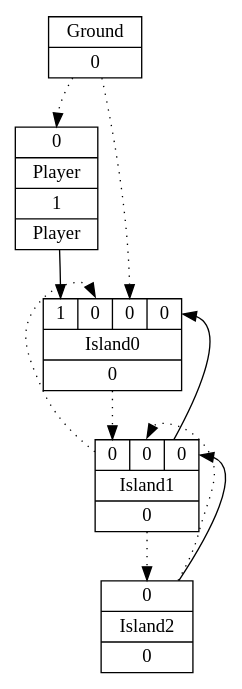
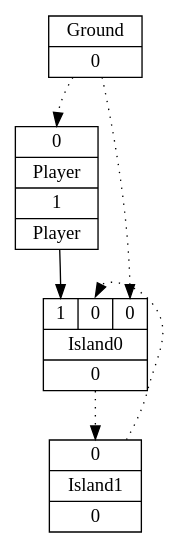
One commit to increpare/AbstractPropagationSim changed the diagram in mid/19/graph_1.gv. Above: the diagram before and after it, drawn with Graphviz. The commit also changed 11 other files, not shown here.

```diff
--- a/mid/19/graph_1.gv
+++ b/mid/19/graph_1.gv
@@ -1,17 +1,12 @@
 digraph G {
 node [shape=record];
 Player[ label ="{{<GroundP>0}|{Player}|<PlayerOUT>1|{Player}}"];
 Ground[ label ="{{Ground}|<GroundOUT>0}"];
-Island0[ label ="{{<Player>1|<Island1P>0|<GroundP>0|<Island1>0}|{Island0}|<Island0OUT>0}"];
-Island1[ label ="{{<Island0P>0|<Island2P>0|<Island2>0}|{Island1}|<Island1OUT>0}"];
-Island2[ label ="{{<Island1P>0}|{Island2}|<Island2OUT>0}"];
+Island0[ label ="{{<Player>1|<Island1P>0|<GroundP>0}|{Island0}|<Island0OUT>0}"];
+Island1[ label ="{{<Island0P>0}|{Island1}|<Island1OUT>0}"];
 	"Ground" -> "Player":GroundP [style=dotted];
 	"Player" -> "Island0":Player;
 	"Island1" -> "Island0":Island1P [style=dotted];
 	"Ground" -> "Island0":GroundP [style=dotted];
 	"Island0" -> "Island1":Island0P [style=dotted];
-	"Island2" -> "Island1":Island2P [style=dotted];
-	"Island1" -> "Island2":Island1P [style=dotted];
-	"Island1" -> "Island0":Island1;
-	"Island2" -> "Island1":Island2;
 }
```
